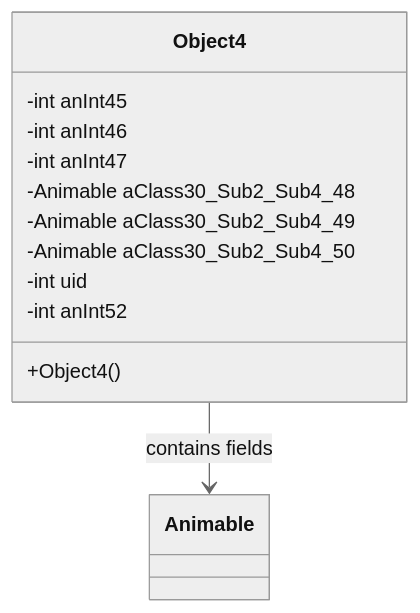
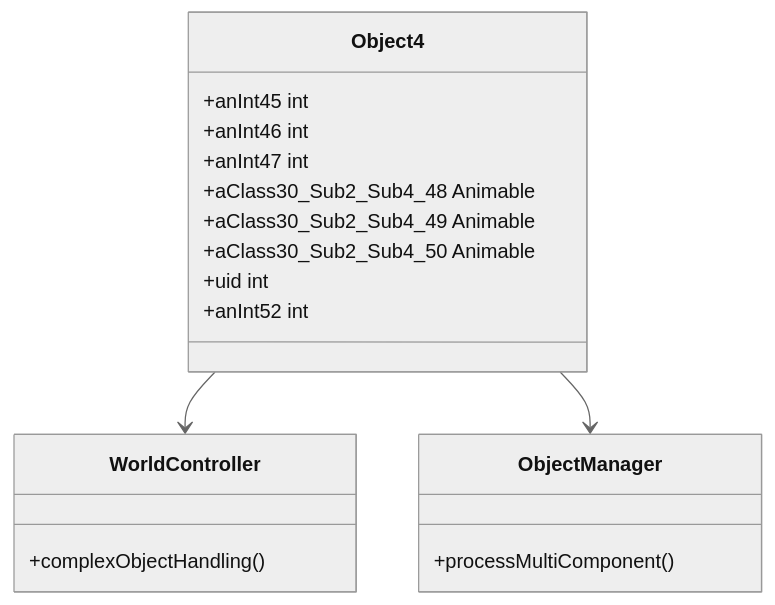
One commit to daxxog/solmud changed the diagram in bytecode/mapping/evidence/verified/Object4_BMEXSMOV.md. Above: the diagram before and after it, drawn with Mermaid (neutral theme). The commit also changed other lines of this file and 6 other files, not shown here.

````diff
--- a/bytecode/mapping/evidence/verified/Object4_BMEXSMOV.md
+++ b/bytecode/mapping/evidence/verified/Object4_BMEXSMOV.md
@@ -16,13 +17,15 @@
 ```mermaid
 classDiagram
-    Object4 --> Animable : contains fields
-    Object4 : +Object4()
-    Object4 : -int anInt45
-    Object4 : -int anInt46  
-    Object4 : -int anInt47
-    Object4 : -Animable aClass30_Sub2_Sub4_48
-    Object4 : -Animable aClass30_Sub2_Sub4_49
-    Object4 : -Animable aClass30_Sub2_Sub4_50
-    Object4 : -int uid
-    Object4 : -int anInt52
+    Object4 --> WorldController
+    Object4 --> ObjectManager
+    WorldController : +complexObjectHandling()
+    ObjectManager : +processMultiComponent()
+    Object4 : +anInt45 int
+    Object4 : +anInt46 int
+    Object4 : +anInt47 int
+    Object4 : +aClass30_Sub2_Sub4_48 Animable
+    Object4 : +aClass30_Sub2_Sub4_49 Animable
+    Object4 : +aClass30_Sub2_Sub4_50 Animable
+    Object4 : +uid int
+    Object4 : +anInt52 int
 ```
````
